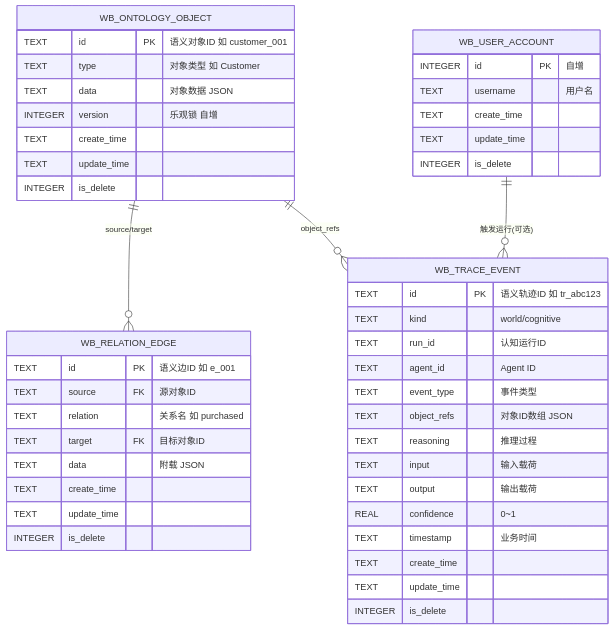
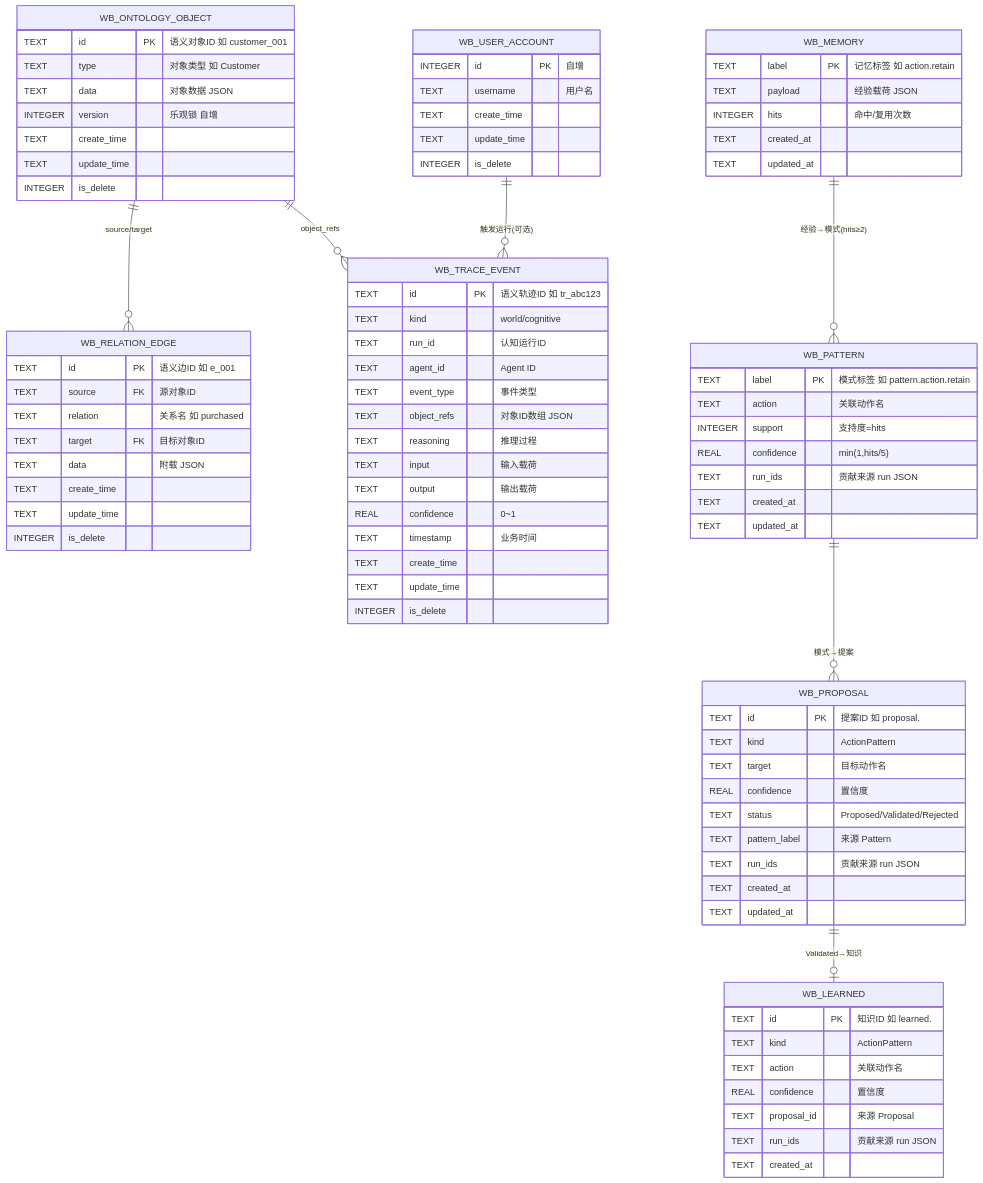
Before and after one commit to flashtony2005/onotlogy2: the diagram in docs/04_数据库设计/db-total-erd.md, drawn with Mermaid. The commit also changed other lines of this file and 10 other files, not shown here.

````diff
--- a/docs/04_数据库设计/db-total-erd.md
+++ b/docs/04_数据库设计/db-total-erd.md
@@ -27,6 +27,9 @@
     WB_ONTOLOGY_OBJECT ||--o{ WB_RELATION_EDGE : "source/target"
     WB_ONTOLOGY_OBJECT ||--o{ WB_TRACE_EVENT : "object_refs"
     WB_USER_ACCOUNT ||--o{ WB_TRACE_EVENT : "触发运行(可选)"
+    WB_MEMORY ||--o{ WB_PATTERN : "经验→模式(hits≥2)"
+    WB_PATTERN ||--o{ WB_PROPOSAL : "模式→提案"
+    WB_PROPOSAL ||--o| WB_LEARNED : "Validated→知识"
 
     WB_ONTOLOGY_OBJECT {
         TEXT id PK "语义对象ID 如 customer_001"
@@ -70,4 +73,40 @@
         TEXT update_time
         INTEGER is_delete
     }
+    WB_MEMORY {
+        TEXT label PK "记忆标签 如 action.retain"
+        TEXT payload "经验载荷 JSON"
+        INTEGER hits "命中/复用次数"
+        TEXT created_at
+        TEXT updated_at
+    }
+    WB_PATTERN {
+        TEXT label PK "模式标签 如 pattern.action.retain"
+        TEXT action "关联动作名"
+        INTEGER support "支持度=hits"
+        REAL confidence "min(1,hits/5)"
+        TEXT run_ids "贡献来源 run JSON"
+        TEXT created_at
+        TEXT updated_at
+    }
+    WB_PROPOSAL {
+        TEXT id PK "提案ID 如 proposal.<action>"
+        TEXT kind "ActionPattern"
+        TEXT target "目标动作名"
+        REAL confidence "置信度"
+        TEXT status "Proposed/Validated/Rejected"
+        TEXT pattern_label "来源 Pattern"
+        TEXT run_ids "贡献来源 run JSON"
+        TEXT created_at
+        TEXT updated_at
+    }
+    WB_LEARNED {
+        TEXT id PK "知识ID 如 learned.<action>"
+        TEXT kind "ActionPattern"
+        TEXT action "关联动作名"
+        REAL confidence "置信度"
+        TEXT proposal_id "来源 Proposal"
+        TEXT run_ids "贡献来源 run JSON"
+        TEXT created_at
+    }
 ```
````
